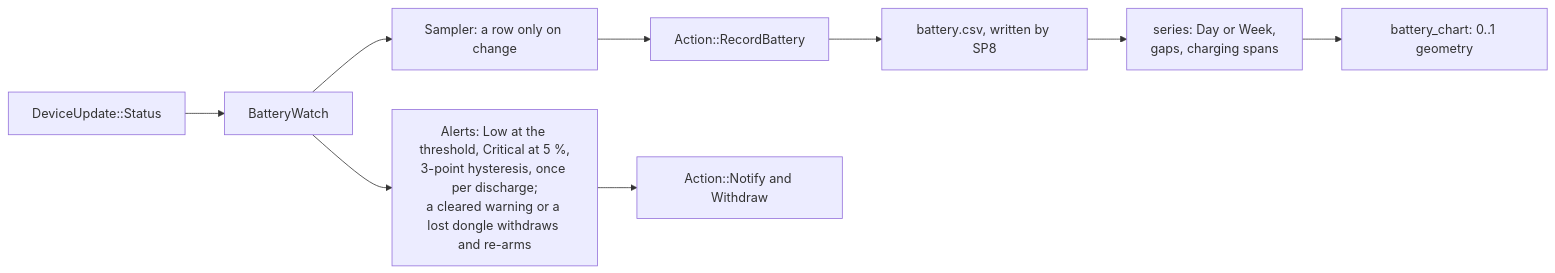
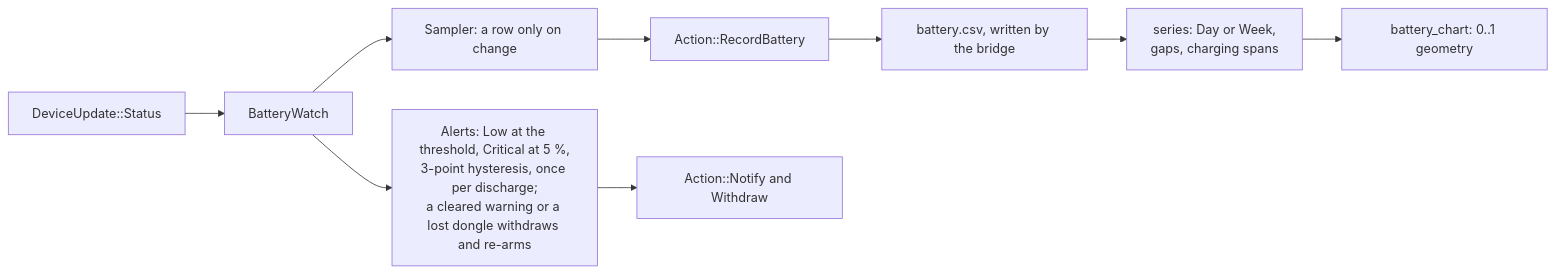
The fifth of 6 diagrams in docs/architecture/companion.md (marcelogm/arctis-companion), drawn with Mermaid before and after one commit. The commit also changed other lines of this file and 48 other files, not shown here.

````diff
--- a/docs/architecture/companion.md
+++ b/docs/architecture/companion.md
@@ -102,8 +102,8 @@
 ```mermaid
 flowchart LR
     St["DeviceUpdate::Status"] --> W["BatteryWatch"]
     W --> Sa["Sampler: a row only on change"] --> R["Action::RecordBattery"]
     W --> Al["Alerts: Low at the threshold, Critical at 5 %,<br/>3-point hysteresis, once per discharge;<br/>a cleared warning or a lost dongle withdraws and re-arms"] --> N["Action::Notify and Withdraw"]
-    R --> F["battery.csv, written by SP8"]
+    R --> F["battery.csv, written by the bridge"]
     F --> Se["series: Day or Week,<br/>gaps, charging spans"] --> Ch["battery_chart: 0..1 geometry"]
 ```
````
